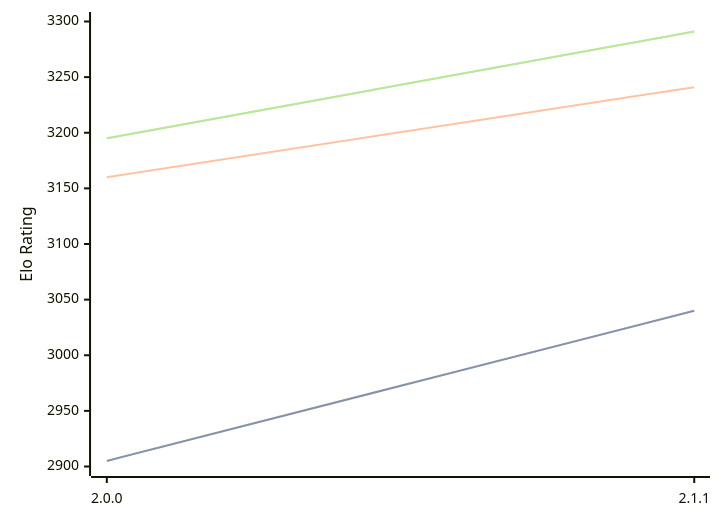
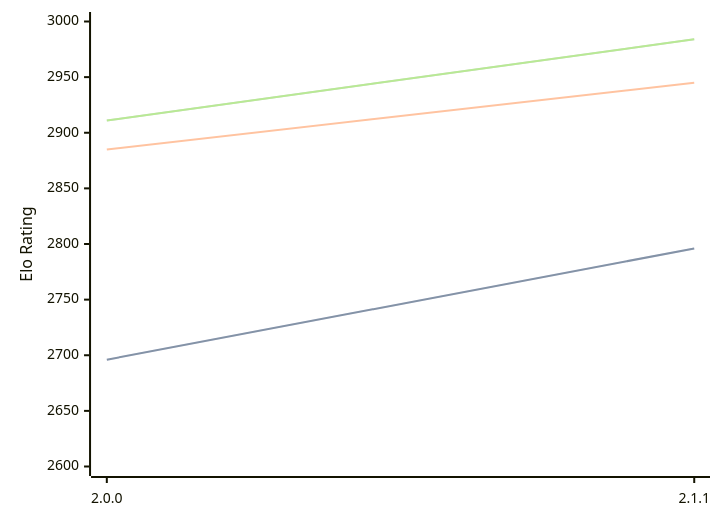
The diagram in engines/Bread.md (computer-chess-index/cci), drawn with Mermaid before and after one commit. The commit also changed other lines of this file, not shown here.

Commit message:
Update CCI Ratings (ELO VLTC) - 2026-02-23

````diff
--- a/engines/Bread.md
+++ b/engines/Bread.md
@@ -47,11 +47,11 @@
 ```mermaid
 %%{init: {"theme":"base","themeVariables":{"seriesColors:['#a3a3a3','#222221','#faa371']}}}%%
 xychart-beta
   x-axis ["2.0.0", "2.1.1"]
-  y-axis "Elo Rating" 2900 --> 3300
-  line "STC (8.0+0.08s)" [2905, 3040]
-  line "STC (8.0+0.08s)" [2905, 3040]
-  line "LTC (60.0+0.60s)" [3160, 3241]
-  line "VLTC (2m24s+1.12s)" [3195, 3291]
-  line "VLTC (2m24s+1.12s)" [3195, 3291]
+  y-axis "Elo Rating" 2600 --> 3000
+  line "STC (8.0+0.08s)" [2696, 2796]
+  line "STC (8.0+0.08s)" [2696, 2796]
+  line "LTC (60.0+0.60s)" [2885, 2945]
+  line "VLTC (2m24s+1.12s)" [2911, 2984]
+  line "VLTC (2m24s+1.12s)" [2911, 2984]
 ```
````
